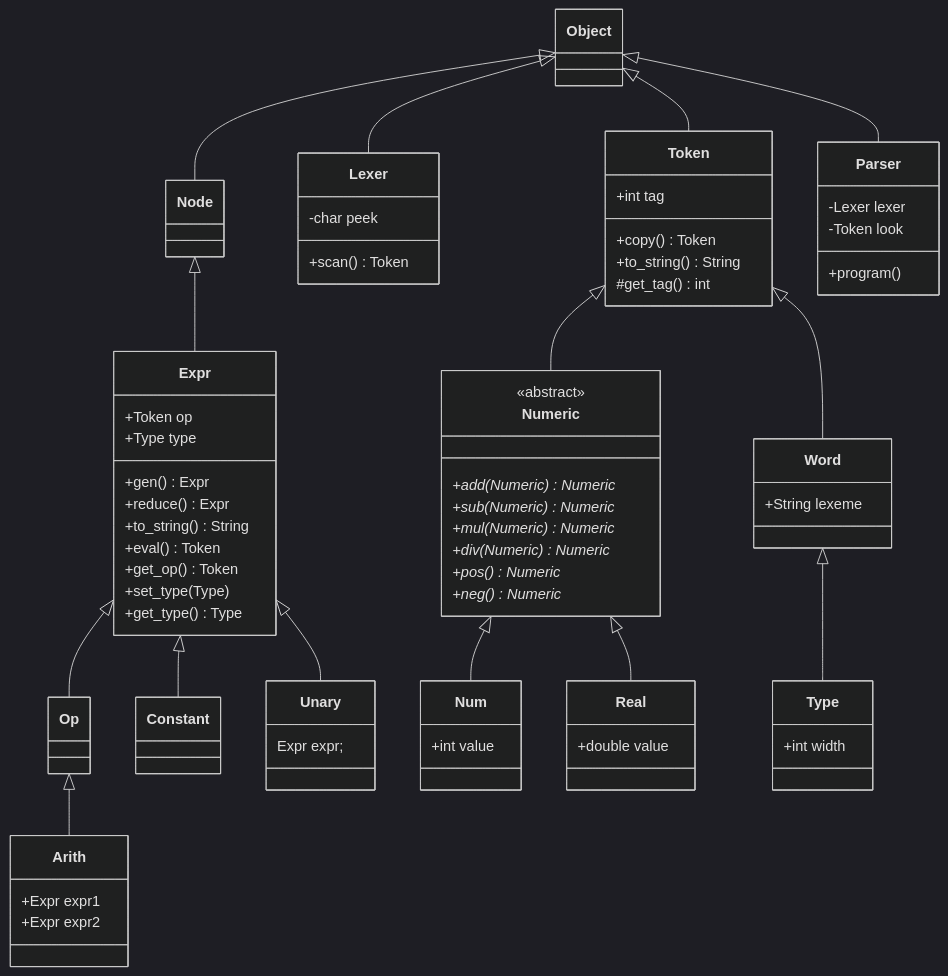
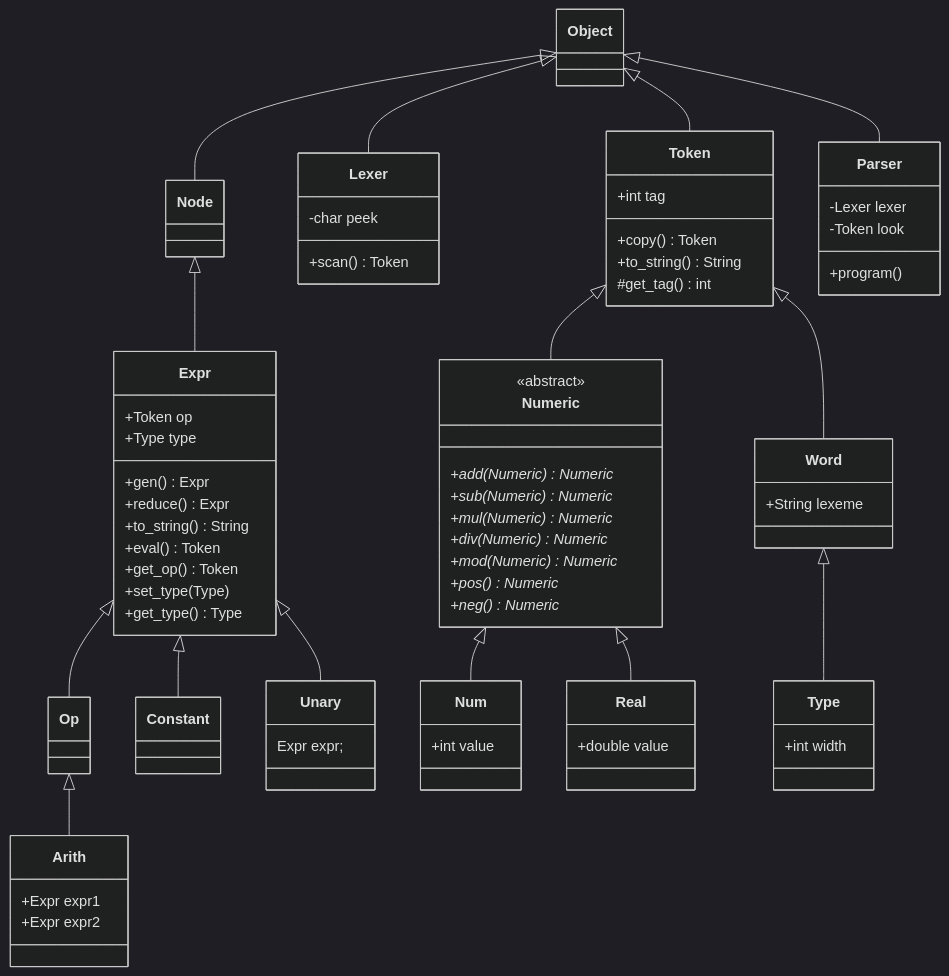
The diagram in diagram.md (nwhean/42_computorv), drawn with Mermaid (dark theme) before and after one commit. The commit also changed 8 other files, not shown here.

```diff
--- a/diagram.md
+++ b/diagram.md
@@ -56,6 +56,7 @@
 		+sub(Numeric) Numeric*
 		+mul(Numeric) Numeric*
 		+div(Numeric) Numeric*
+		+mod(Numeric) Numeric*
 		+pos() Numeric*
 		+neg() Numeric*
 	}
```
